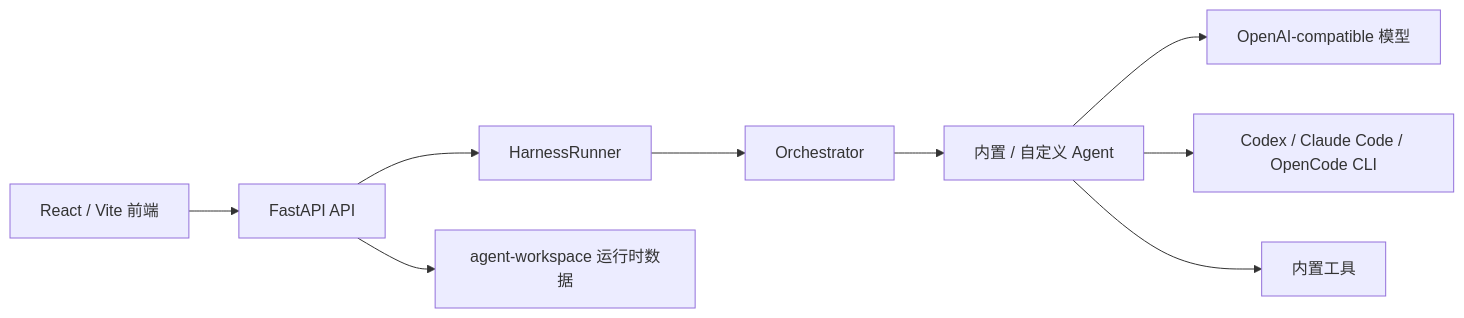
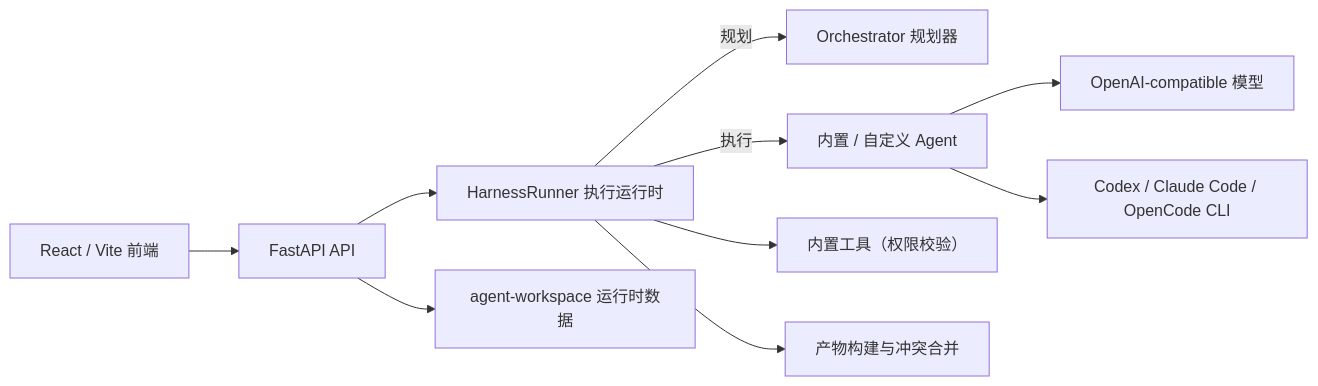
One commit to Prado-learning/AgentHub changed the diagram in README.md. Above: the diagram before and after it, drawn with Mermaid. The commit also changed other lines of this file and 23 other files, not shown here.

````diff
--- a/README.md
+++ b/README.md
@@ -21,11 +21,12 @@
 ```mermaid
 flowchart LR
     UI["React / Vite 前端"] --> API["FastAPI API"]
-    API --> Runtime["HarnessRunner"]
-    Runtime --> Orchestrator["Orchestrator"]
-    Orchestrator --> Agents["内置 / 自定义 Agent"]
+    API --> Harness["HarnessRunner 执行运行时"]
+    Harness -->|"规划"| Orchestrator["Orchestrator 规划器"]
+    Harness -->|"执行"| Agents["内置 / 自定义 Agent"]
     Agents --> Models["OpenAI-compatible 模型"]
     Agents --> CLI["Codex / Claude Code / OpenCode CLI"]
-    Agents --> Tools["内置工具"]
+    Harness --> Tools["内置工具（权限校验）"]
+    Harness --> Artifacts["产物构建与冲突合并"]
     API --> Workspace["agent-workspace 运行时数据"]
 ```
````
